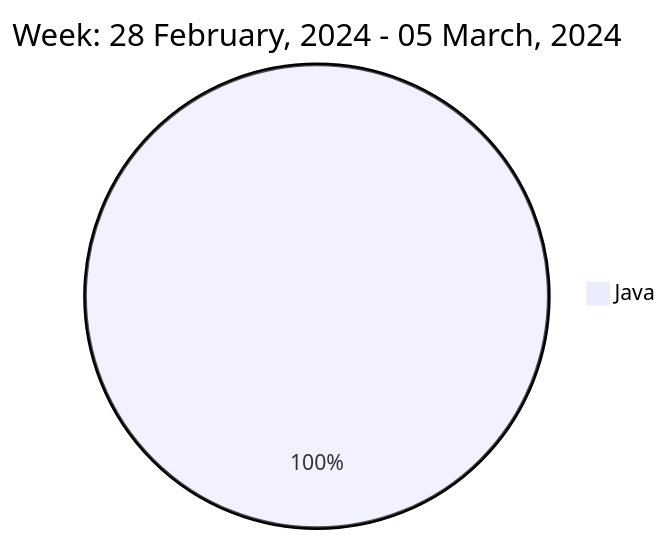
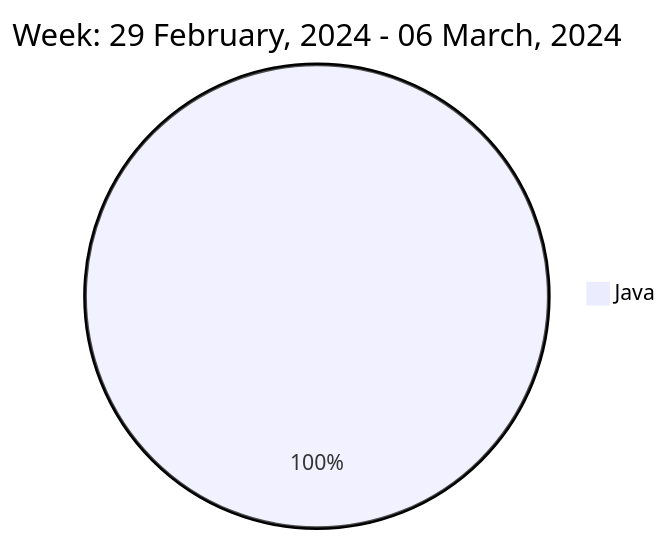
The diagram in README.md (liubin95/liubin95), drawn with Mermaid before and after one commit.

Commit message:
Updated the Graph with new Metrics

````diff
--- a/README.md
+++ b/README.md
@@ -37,5 +37,5 @@
 ```mermaid
  pie
-title Week: 28 February, 2024 - 05 March, 2024
- "Java" : 6.4
+title Week: 29 February, 2024 - 06 March, 2024
+ "Java" : 6.83
 ```
````
